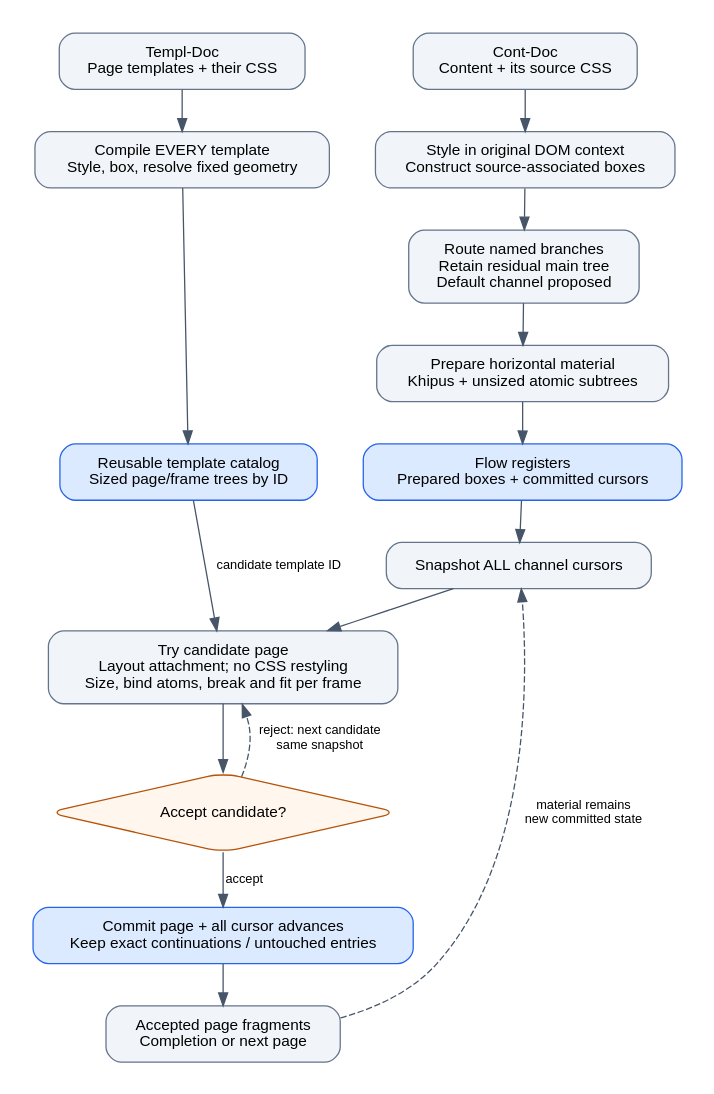
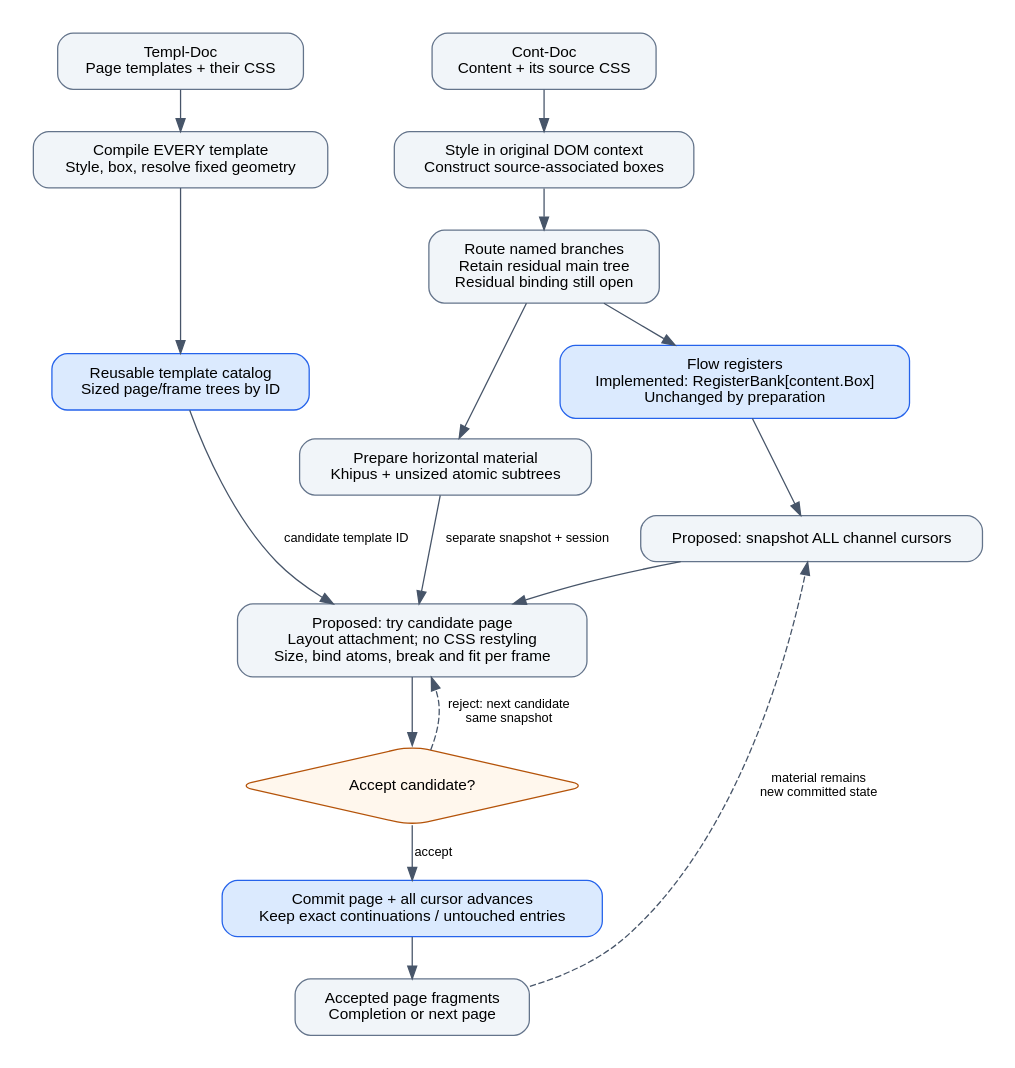
The diagram in doc/diagrams/design-pipeline.dot (npillmayer/pagelayout), drawn with Graphviz before and after one commit. The commit also changed 30 other files, not shown here.

```diff
--- a/doc/diagrams/design-pipeline.dot
+++ b/doc/diagrams/design-pipeline.dot
@@ -1,36 +1,39 @@
 digraph Pipeline {
   graph [rankdir=TB, bgcolor="white", pad=0.25, nodesep=0.5, ranksep=0.45,
          fontname="Helvetica", fontsize=12];
   node [shape=box, style="rounded,filled", fillcolor="#f1f5f9", color="#64748b",
         fontname="Helvetica", fontsize=12, margin="0.18,0.12"];
   edge [color="#475569", fontname="Helvetica", fontsize=10];
 
   templates [label="Templ-Doc\nPage templates + their CSS"];
   content [label="Cont-Doc\nContent + its source CSS"];
   compile [label="Compile EVERY template\nStyle, box, resolve fixed geometry"];
   boxes [label="Style in original DOM context\nConstruct source-associated boxes"];
-  route [label="Route named branches\nRetain residual main tree\nDefault channel proposed"];
+  route [label="Route named branches\nRetain residual main tree\nResidual binding still open"];
   prepare [label="Prepare horizontal material\nKhipus + unsized atomic subtrees"];
   catalog [label="Reusable template catalog\nSized page/frame trees by ID",
            fillcolor="#dbeafe", color="#2563eb"];
-  registers [label="Flow registers\nPrepared boxes + committed cursors",
+  registers [label="Flow registers\nImplemented: RegisterBank[content.Box]\nUnchanged by preparation",
              fillcolor="#dbeafe", color="#2563eb"];
-  snapshot [label="Snapshot ALL channel cursors"];
-  trial [label="Try candidate page\nLayout attachment; no CSS restyling\nSize, bind atoms, break and fit per frame"];
+  snapshot [label="Proposed: snapshot ALL channel cursors"];
+  trial [label="Proposed: try candidate page\nLayout attachment; no CSS restyling\nSize, bind atoms, break and fit per frame"];
   select [shape=diamond, label="Accept candidate?", fillcolor="#fff7ed", color="#b45309"];
   commit [label="Commit page + all cursor advances\nKeep exact continuations / untouched entries",
           fillcolor="#dbeafe", color="#2563eb"];
   pages [label="Accepted page fragments\nCompletion or next page"];
 
   { rank=same; templates; content; }
   { rank=same; compile; boxes; }
   { rank=same; catalog; registers; }
   templates -> compile -> catalog;
-  content -> boxes -> route -> prepare -> registers -> snapshot;
+  content -> boxes -> route;
+  route -> registers -> snapshot;
+  route -> prepare;
+  prepare -> trial [label="separate snapshot + session"];
   catalog -> trial [label="candidate template ID"];
   snapshot -> trial -> select;
   select -> trial [label="reject: next candidate\nsame snapshot", style=dashed, constraint=false];
   select -> commit [label="accept"];
   commit -> pages;
   pages -> snapshot [label="material remains\nnew committed state", style=dashed, constraint=false];
 }
```
